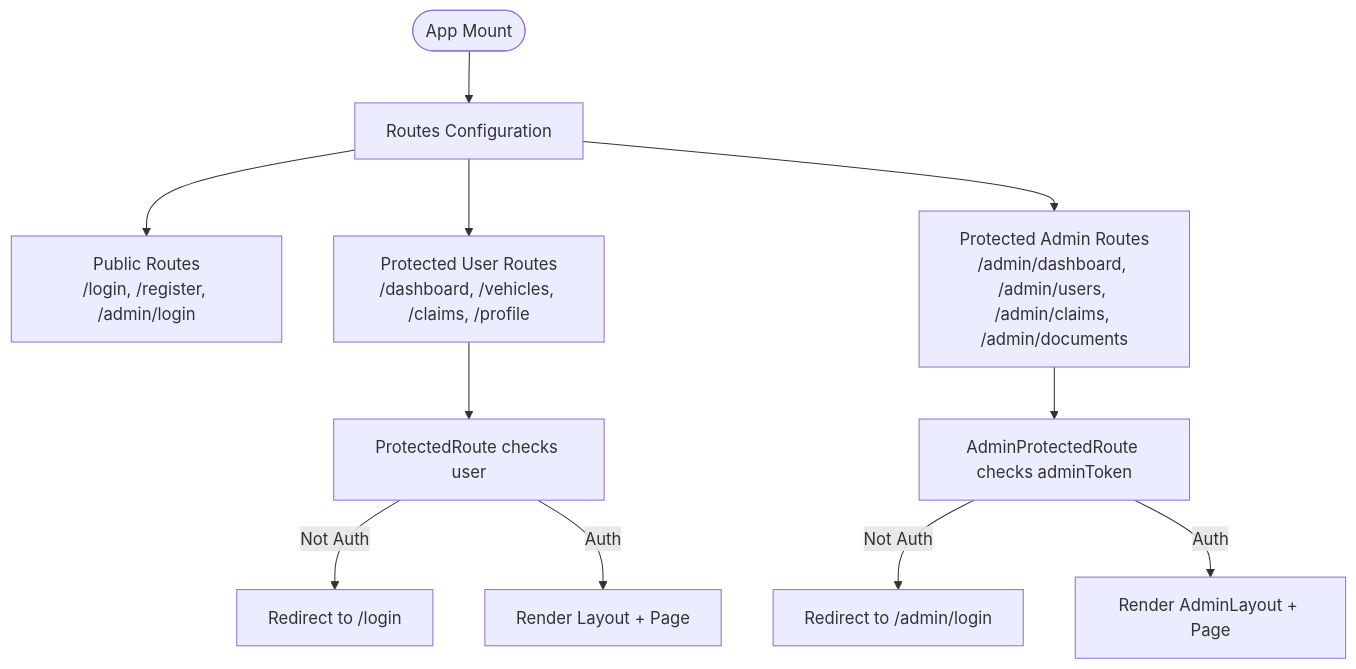
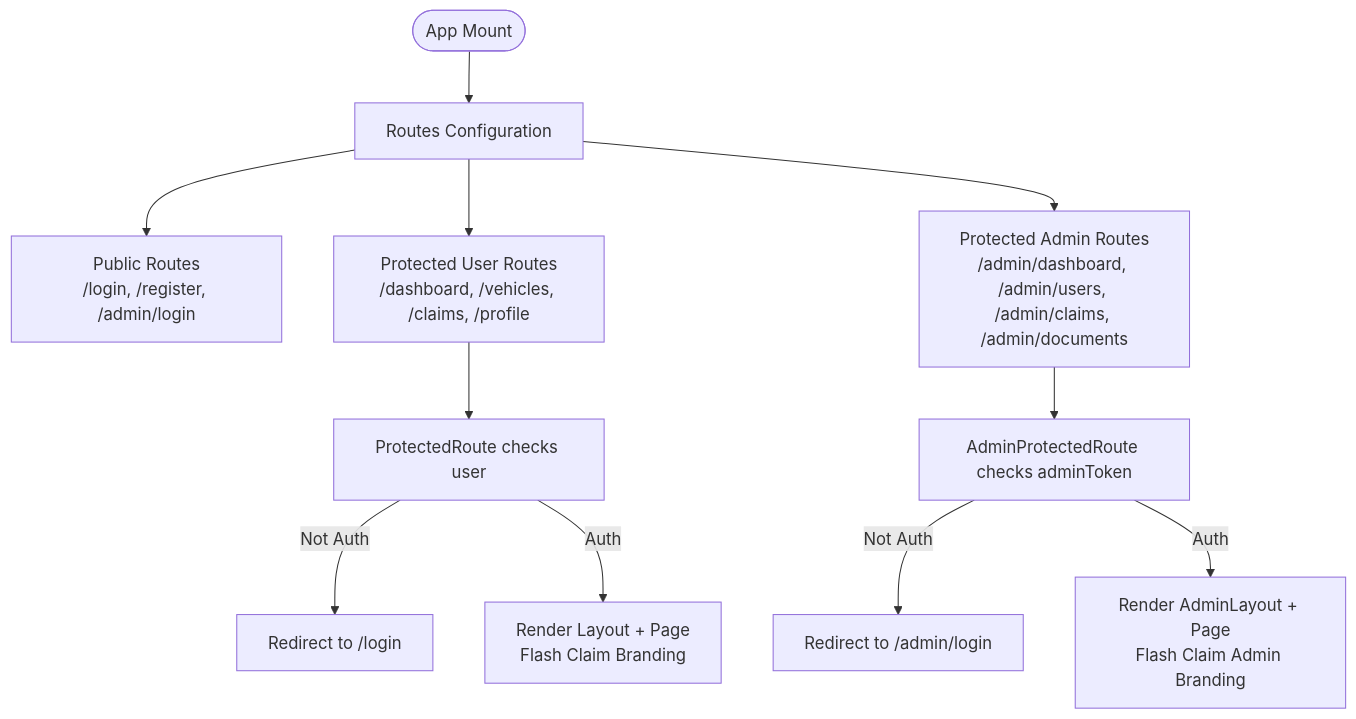
One commit to NaveenHiranya/Smart-Vehicle-Insurance-Claim-System changed the third of 11 diagrams in .qoder/repowiki/en/content/Frontend Documentation/Frontend Documentation.md. Above: the diagram before and after it, drawn with Mermaid. The commit also changed other lines of this file and 7 other files, not shown here.

````diff
--- a/.qoder/repowiki/en/content/Frontend Documentation/Frontend Documentation.md
+++ b/.qoder/repowiki/en/content/Frontend Documentation/Frontend Documentation.md
@@ -158,13 +162,13 @@
 ```mermaid
 flowchart TD
 Start(["App Mount"]) --> Router["Routes Configuration"]
 Router --> Public["Public Routes<br/>/login, /register, /admin/login"]
 Router --> UserProtected["Protected User Routes<br/>/dashboard, /vehicles, /claims, /profile"]
 Router --> AdminProtected["Protected Admin Routes<br/>/admin/dashboard, /admin/users, /admin/claims, /admin/documents"]
 UserProtected --> GuardU["ProtectedRoute checks user"]
 AdminProtected --> GuardA["AdminProtectedRoute checks adminToken"]
 GuardU --> |Not Auth| ToLogin["Redirect to /login"]
 GuardA --> |Not Auth| ToAdminLogin["Redirect to /admin/login"]
-GuardU --> |Auth| RenderUser["Render Layout + Page"]
-GuardA --> |Auth| RenderAdmin["Render AdminLayout + Page"]
+GuardU --> |Auth| RenderUser["Render Layout + Page<br/>Flash Claim Branding"]
+GuardA --> |Auth| RenderAdmin["Render AdminLayout + Page<br/>Flash Claim Admin Branding"]
 ```
````
